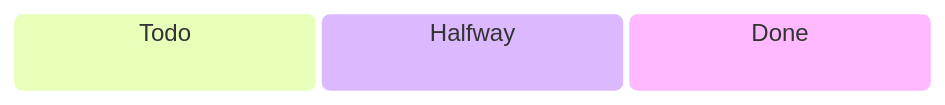
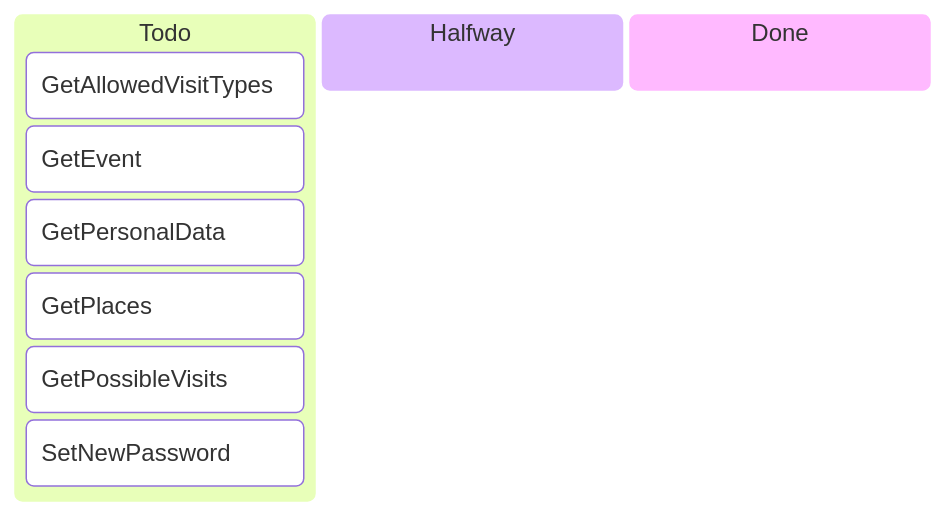
One commit to MesserLancillotto/ProgettoApollo changed the second of 3 diagrams in TODO.md. Above: the diagram before and after it, drawn with Mermaid. The commit also changed other lines of this file and 10 other files, not shown here.

````diff
--- a/TODO.md
+++ b/TODO.md
@@ -27,8 +27,13 @@
 ```mermaid
 kanban
   todo[Todo]
-    
+        GetAllowedVisitTypes
+        GetEvent
+        GetPersonalData
+        GetPlaces
+        GetPossibleVisits
+        SetNewPassword 
   halfway[Halfway]
 
   done[Done]
 ```
````
